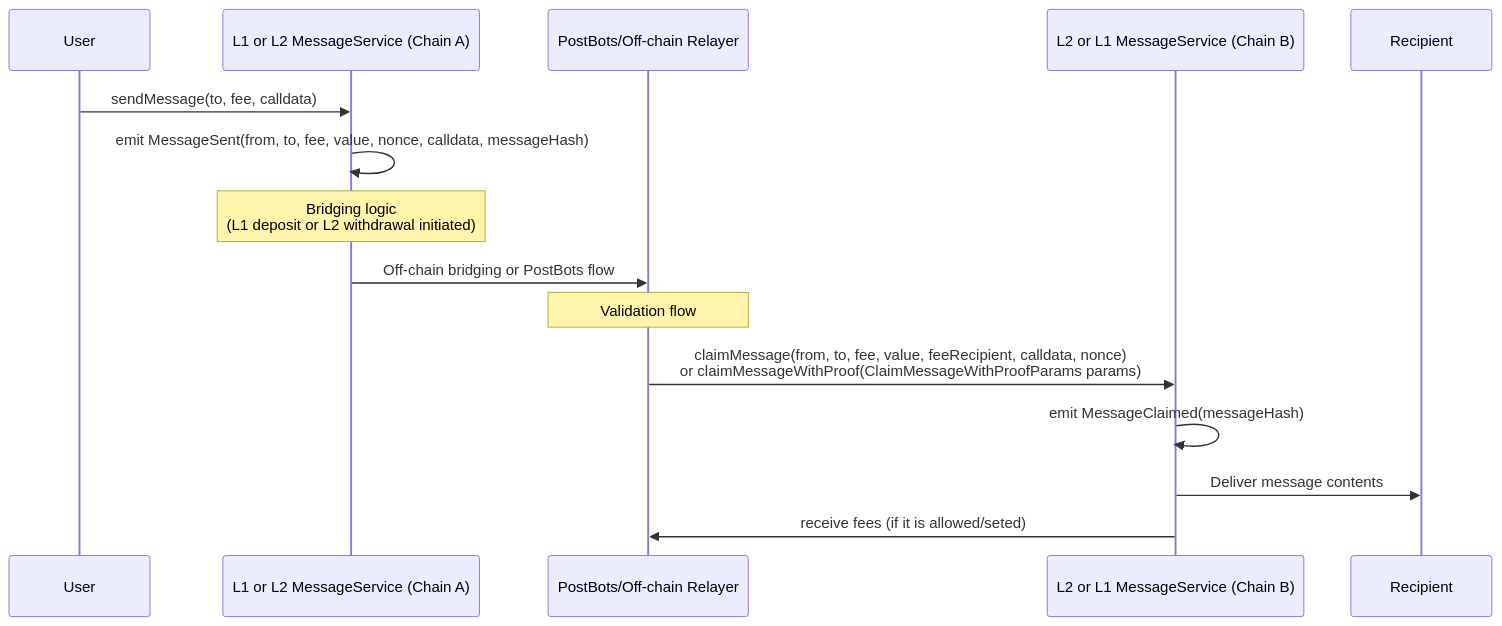
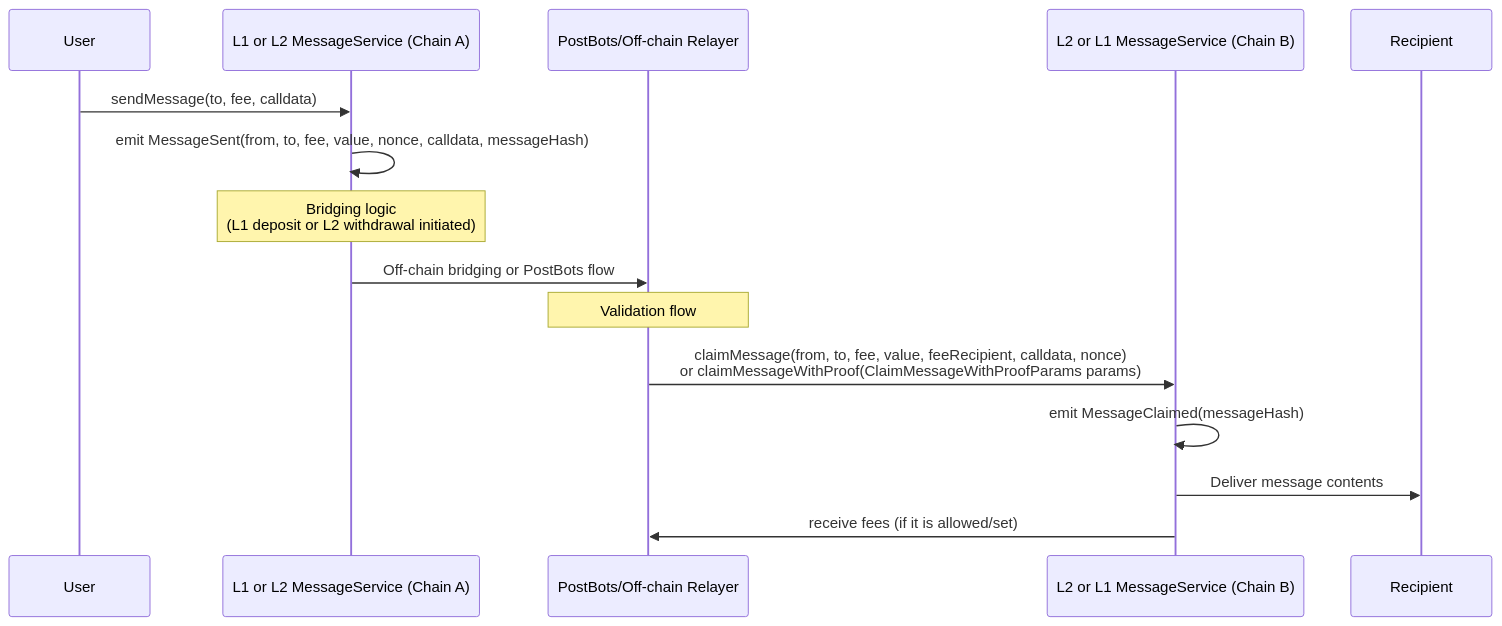
Before and after one commit to ethereum/L2-interop: the eighth of 11 diagrams in docs/message-passing/messaging-current-efforts.md, drawn with Mermaid.

Commit message:
add suggestion

````diff
--- a/docs/message-passing/messaging-current-efforts.md
+++ b/docs/message-passing/messaging-current-efforts.md
@@ -179,19 +179,19 @@
 ```mermaid
 sequenceDiagram
     participant User
     participant OriginService as L1 or L2 MessageService (Chain A)
     participant Relayer as PostBots/Off-chain Relayer
     participant DestinationService as L2 or L1 MessageService (Chain B)
     participant Recipient
 
     User->>OriginService: sendMessage(to, fee, calldata)
     OriginService->>OriginService: emit MessageSent(from, to, fee, value, nonce, calldata, messageHash)
     Note over OriginService: Bridging logic <br/> (L1 deposit or L2 withdrawal initiated)
     OriginService->>Relayer: Off-chain bridging or PostBots flow
     Note over Relayer: Validation flow
     Relayer->>DestinationService: claimMessage(from, to, fee, value, feeRecipient, calldata, nonce) <br/> or claimMessageWithProof(ClaimMessageWithProofParams params) 
     DestinationService->>DestinationService: emit MessageClaimed(messageHash)
     DestinationService->>Recipient: Deliver message contents
-    DestinationService->>Relayer: receive fees (if it is allowed/seted)
+    DestinationService->>Relayer: receive fees (if it is allowed/set)
 
 ```
````
